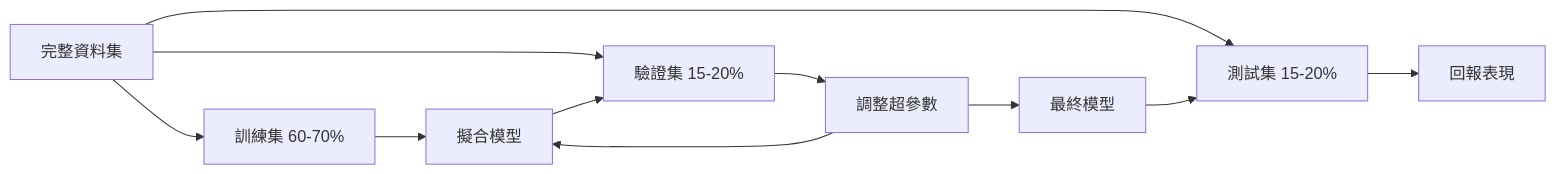
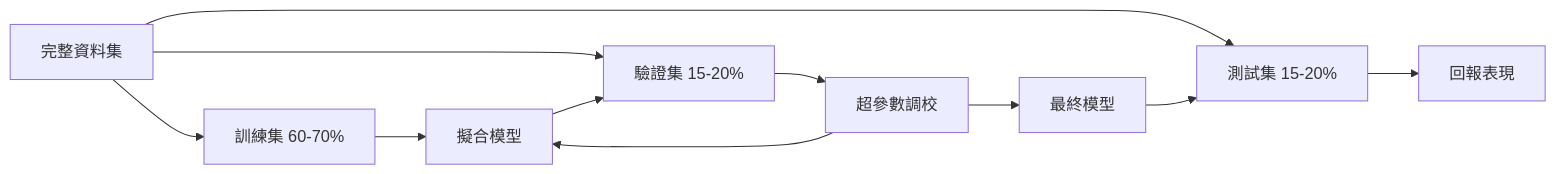
One commit to edward821220/ai-engineering-from-scratch changed the first of 2 diagrams in i18n/zh-TW/phases/02-ml-fundamentals/09-model-evaluation/docs/zh-TW.md. Above: the diagram before and after it, drawn with Mermaid. The commit also changed other lines of this file and 23 other files, not shown here.

````diff
--- a/i18n/zh-TW/phases/02-ml-fundamentals/09-model-evaluation/docs/zh-TW.md
+++ b/i18n/zh-TW/phases/02-ml-fundamentals/09-model-evaluation/docs/zh-TW.md
@@ -29,13 +29,13 @@
 ```mermaid
 flowchart LR
     A[完整資料集] --> B[訓練集 60-70%]
     A --> C[驗證集 15-20%]
     A --> D[測試集 15-20%]
     B --> E[擬合模型]
     E --> C
-    C --> F[調整超參數]
+    C --> F[超參數調校]
     F --> E
     F --> G[最終模型]
     G --> D
     D --> H[回報表現]
 ```
````
